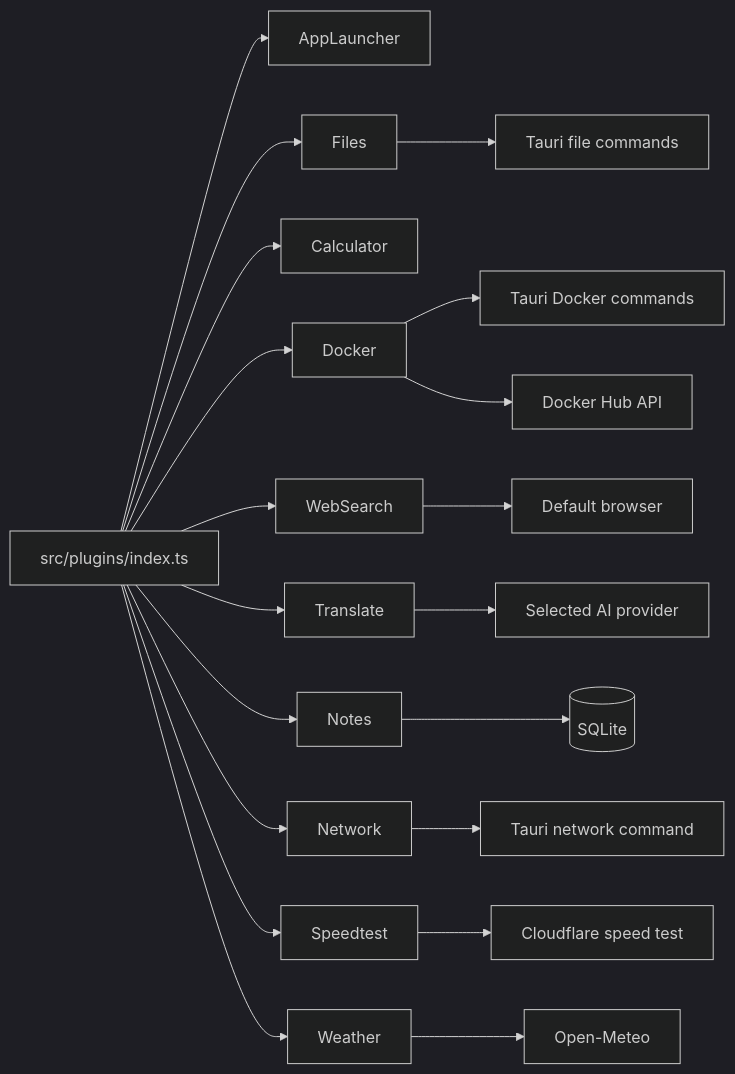
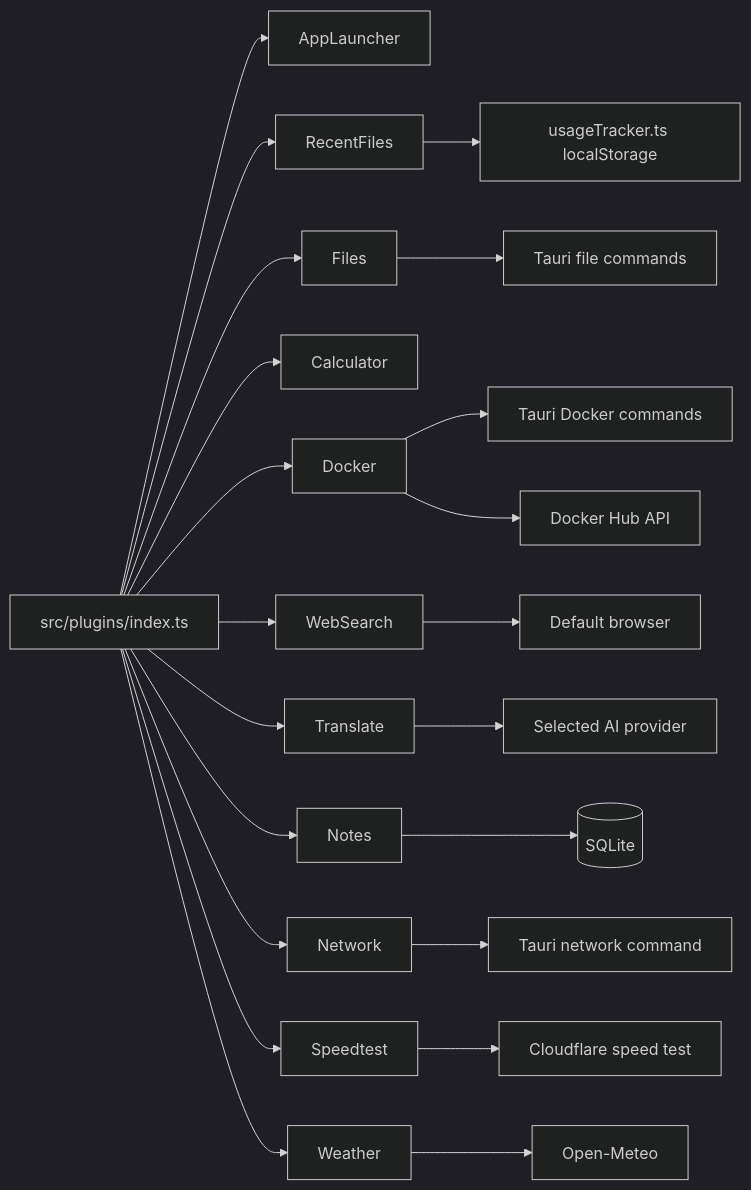
Before and after one commit to RickyDane/gquick: the diagram in arch/plugins.md, drawn with Mermaid (dark theme). The commit also changed other lines of this file and 16 other files, not shown here.

````diff
--- a/arch/plugins.md
+++ b/arch/plugins.md
@@ -20,23 +21,25 @@
 ```mermaid
 graph LR
   Registry[src/plugins/index.ts] --> AppLauncher
+  Registry --> RecentFiles
   Registry --> Files
   Registry --> Calculator
   Registry --> Docker
   Registry --> WebSearch
   Registry --> Translate
   Registry --> Notes
   Registry --> Network
   Registry --> Speedtest
   Registry --> Weather
 
+  RecentFiles --> UsageTracker[usageTracker.ts localStorage]
   Files --> FileCommands[Tauri file commands]
   Docker --> DockerCommands[Tauri Docker commands]
   Docker --> DockerHub[Docker Hub API]
   Notes --> NotesDB[(SQLite)]
   Network --> NetCommand[Tauri network command]
   Weather --> OpenMeteo[Open-Meteo]
   Speedtest --> Cloudflare[Cloudflare speed test]
   Translate --> AI[Selected AI provider]
   WebSearch --> Browser[Default browser]
 ```
````
